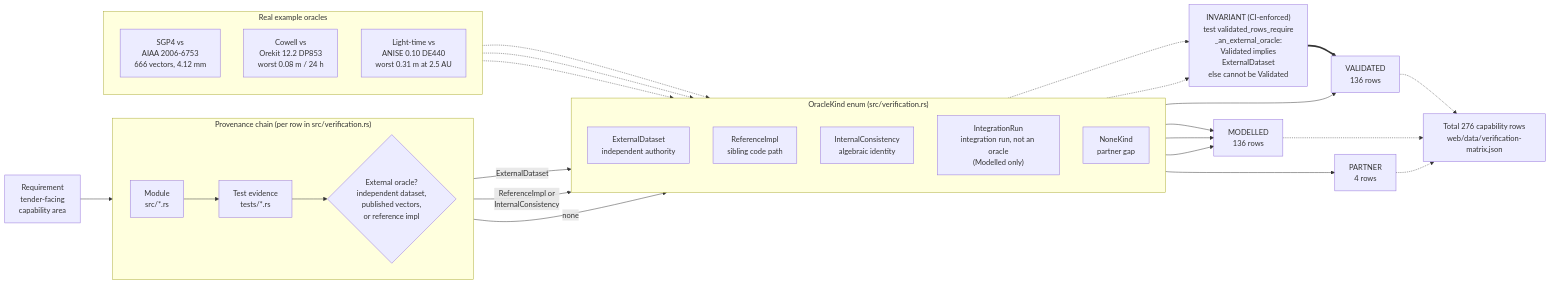
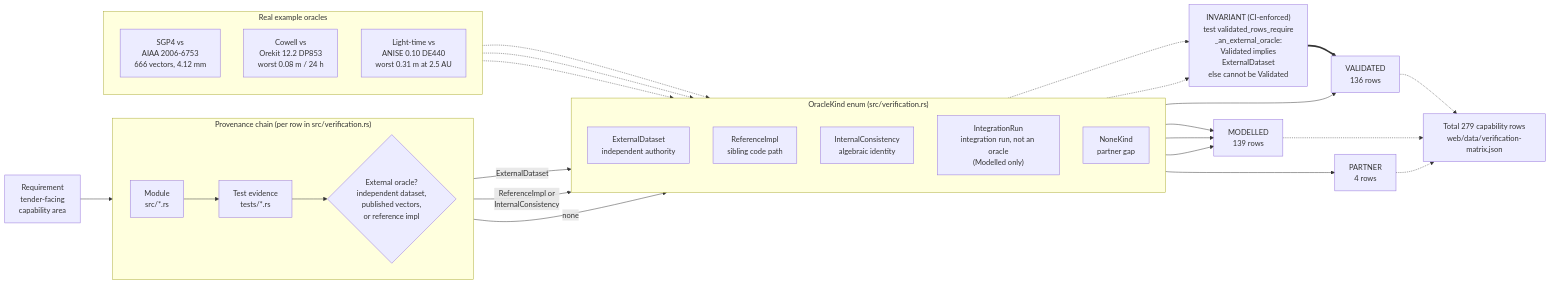
The diagram in docs/diagrams/validation-provenance.mmd (ashfordeOU/kshana), drawn with Mermaid before and after one commit. The commit also changed 17 other files, not shown here.

Commit message:
ledger: Hatch (MODELLED, finding H1 0.718 / H2 0.923 vs 0.6), IONEX on a real CODE GIM (MODELLED), nav encoders CNAV/I-NAV/F-NAV (MODELLED); regenerate ledger, README counts, figures, provenance diagram (279: 136 V / 139 M / 4 P)

```diff
--- a/docs/diagrams/validation-provenance.mmd
+++ b/docs/diagrams/validation-provenance.mmd
@@ -1,51 +1,51 @@
 flowchart LR
     REQ["Requirement<br/>tender-facing<br/>capability area"]
 
     subgraph CHAIN["Provenance chain (per row in src/verification.rs)"]
         direction LR
         MOD["Module<br/>src/*.rs"]
         TST["Test evidence<br/>tests/*.rs"]
         ORA{"External oracle?<br/>independent dataset,<br/>published vectors,<br/>or reference impl"}
     end
 
     REQ --> MOD --> TST --> ORA
 
     subgraph KINDS["OracleKind enum (src/verification.rs)"]
         direction TD
         EXT["ExternalDataset<br/>independent authority"]
         REF["ReferenceImpl<br/>sibling code path"]
         INT["InternalConsistency<br/>algebraic identity"]
         IRN["IntegrationRun<br/>integration run, not an oracle<br/>(Modelled only)"]
         NON["NoneKind<br/>partner gap"]
     end
 
     ORA -->|ExternalDataset| EXT
     ORA -->|"ReferenceImpl or<br/>InternalConsistency"| INT
     ORA -->|none| NON
 
     GUARD["INVARIANT (CI-enforced)<br/>test validated_rows_require<br/>_an_external_oracle:<br/>Validated implies<br/>ExternalDataset<br/>else cannot be Validated"]
     EXT -.-> GUARD
     INT -.-> GUARD
 
     EXT --> VAL["VALIDATED<br/>136 rows"]
-    REF --> MDL["MODELLED<br/>136 rows"]
+    REF --> MDL["MODELLED<br/>139 rows"]
     INT --> MDL
     IRN --> MDL
     NON --> PRT["PARTNER<br/>4 rows"]
     GUARD ==> VAL
 
     subgraph EX["Real example oracles"]
         direction TD
         E1["SGP4 vs<br/>AIAA 2006-6753<br/>666 vectors, 4.12 mm"]
         E2["Cowell vs<br/>Orekit 12.2 DP853<br/>worst 0.08 m / 24 h"]
         E3["Light-time vs<br/>ANISE 0.10 DE440<br/>worst 0.31 m at 2.5 AU"]
     end
 
     E1 -.-> EXT
     E2 -.-> EXT
     E3 -.-> EXT
 
-    TOTAL["Total 276 capability rows<br/>web/data/verification-matrix.json"]
+    TOTAL["Total 279 capability rows<br/>web/data/verification-matrix.json"]
     VAL -.-> TOTAL
     MDL -.-> TOTAL
     PRT -.-> TOTAL
```
